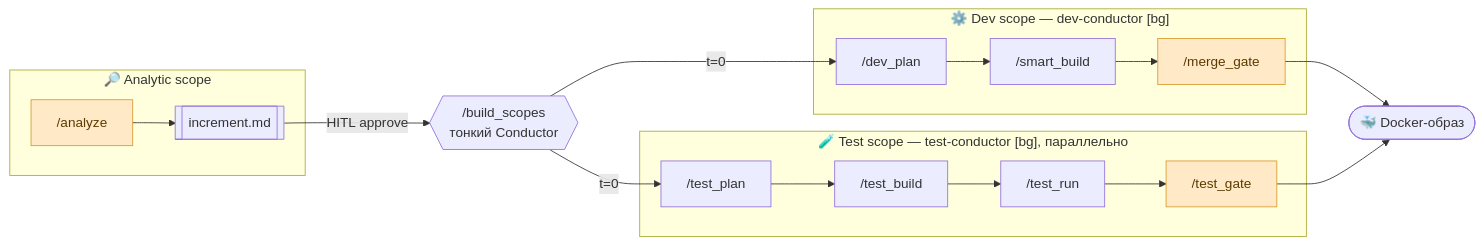
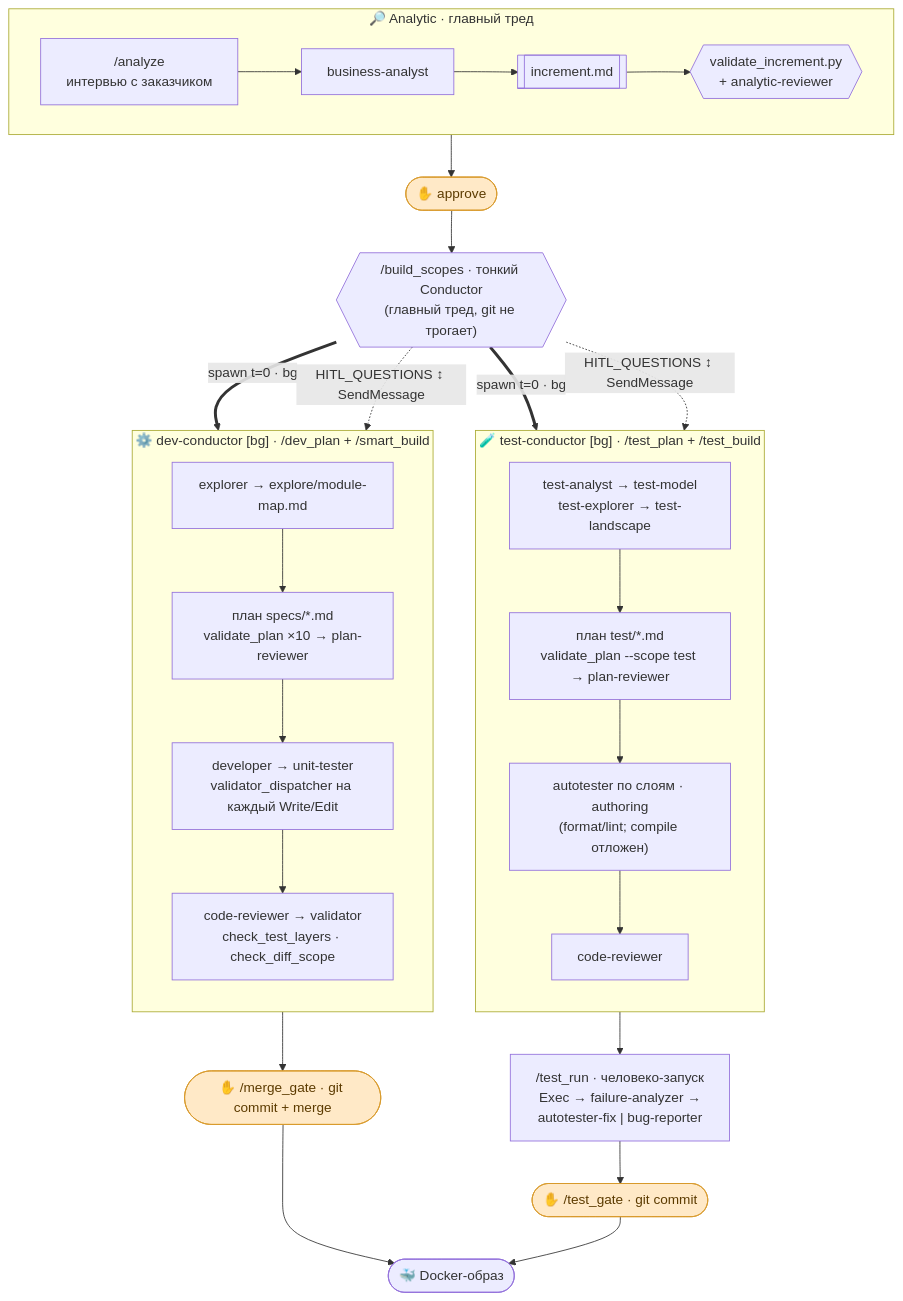
One commit to levon-avackimyanc/ms-platform changed the diagram in README.md. Above: the diagram before and after it, drawn with Mermaid. The commit also changed other lines of this file, not shown here.

````diff
--- a/README.md
+++ b/README.md
@@ -28,21 +40,42 @@
 ```mermaid
-flowchart LR
-    subgraph A["🔎 Analytic scope"]
-        A1["/analyze"] --> A2[["increment.md"]]
+flowchart TB
+    subgraph A["🔎 Analytic · главный тред"]
+        direction LR
+        A0["/analyze<br/>интервью с заказчиком"] --> BA["business-analyst"]
+        BA --> AINC[["increment.md"]]
+        AINC --> AV{{"validate_increment.py<br/>+ analytic-reviewer"}}
     end
-    BS{{"/build_scopes<br/>тонкий Conductor"}}
-    subgraph D["⚙️ Dev scope — dev-conductor [bg]"]
-        D1["/dev_plan"] --> D2["/smart_build"] --> D3["/merge_gate"]
+
+    AV --> AG([✋ approve])
+    AG --> BS{{"/build_scopes · тонкий Conductor<br/>(главный тред, git не трогает)"}}
+
+    BS ==>|spawn t=0 · bg| DC
+    BS ==>|spawn t=0 · bg| TC
+
+    subgraph DC["⚙️ dev-conductor [bg] · /dev_plan + /smart_build"]
+        direction TB
+        D1["explorer → explore/module-map.md"] --> D2["план specs/*.md<br/>validate_plan ×10 → plan-reviewer"]
+        D2 --> D3["developer → unit-tester<br/>validator_dispatcher на каждый Write/Edit"]
+        D3 --> D4["code-reviewer → validator<br/>check_test_layers · check_diff_scope"]
     end
-    subgraph T["🧪 Test scope — test-conductor [bg], параллельно"]
-        T1["/test_plan"] --> T2["/test_build"] --> T3["/test_run"] --> T4["/test_gate"]
+
+    subgraph TC["🧪 test-conductor [bg] · /test_plan + /test_build"]
+        direction TB
+        T1["test-analyst → test-model<br/>test-explorer → test-landscape"] --> T2["план test/*.md<br/>validate_plan --scope test → plan-reviewer"]
+        T2 --> T3["autotester по слоям · authoring<br/>(format/lint; compile отложен)"]
+        T3 --> T4["code-reviewer"]
     end
-    A2 -->|HITL approve| BS
-    BS -->|t=0| D1
-    BS -->|t=0| T1
-    D3 --> OUT(["🐳 Docker-образ"])
-    T4 --> OUT
+
+    BS -.->|"HITL_QUESTIONS ↕ SendMessage"| DC
+    BS -.->|"HITL_QUESTIONS ↕ SendMessage"| TC
+
+    D4 --> MG([✋ /merge_gate · git commit + merge])
+    T4 --> TR["/test_run · человеко-запуск<br/>Exec → failure-analyzer →<br/>autotester-fix | bug-reporter"]
+    TR --> TG([✋ /test_gate · git commit])
+
+    MG --> OUT(["🐳 Docker-образ"])
+    TG --> OUT
 
     classDef gate fill:#ffe9c7,stroke:#d99a2b,color:#5c3b00;
-    class A1,D3,T4 gate
+    class AG,MG,TG gate
 ```
````
